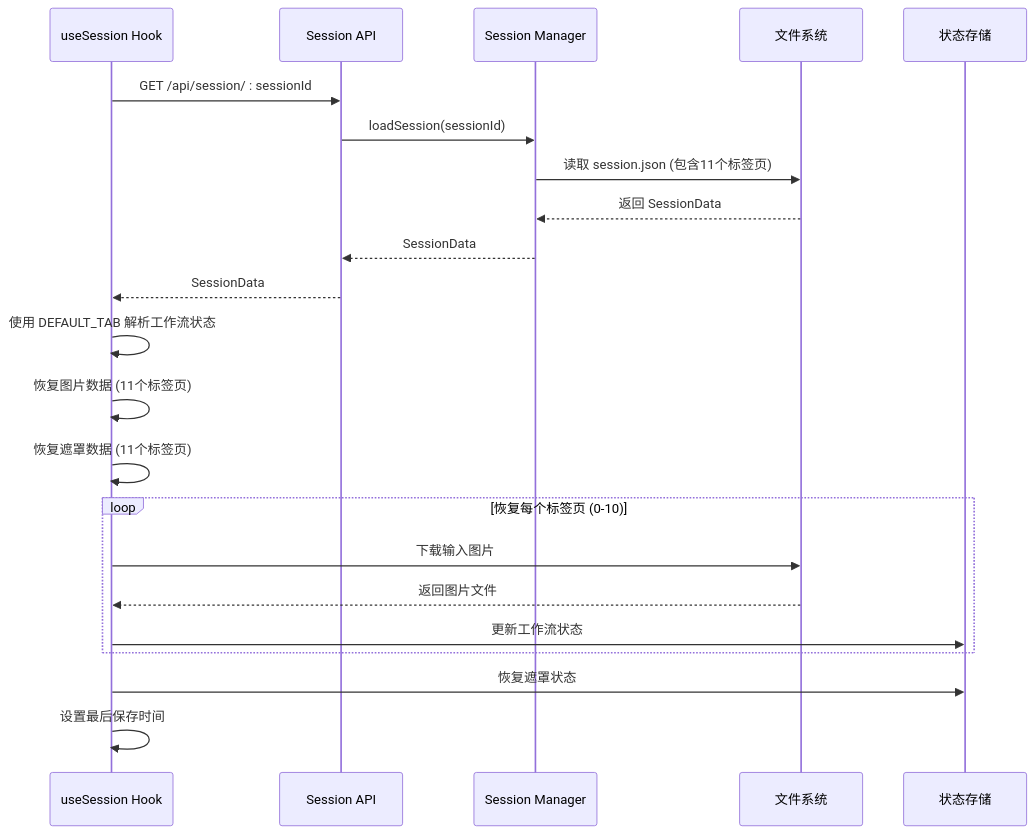
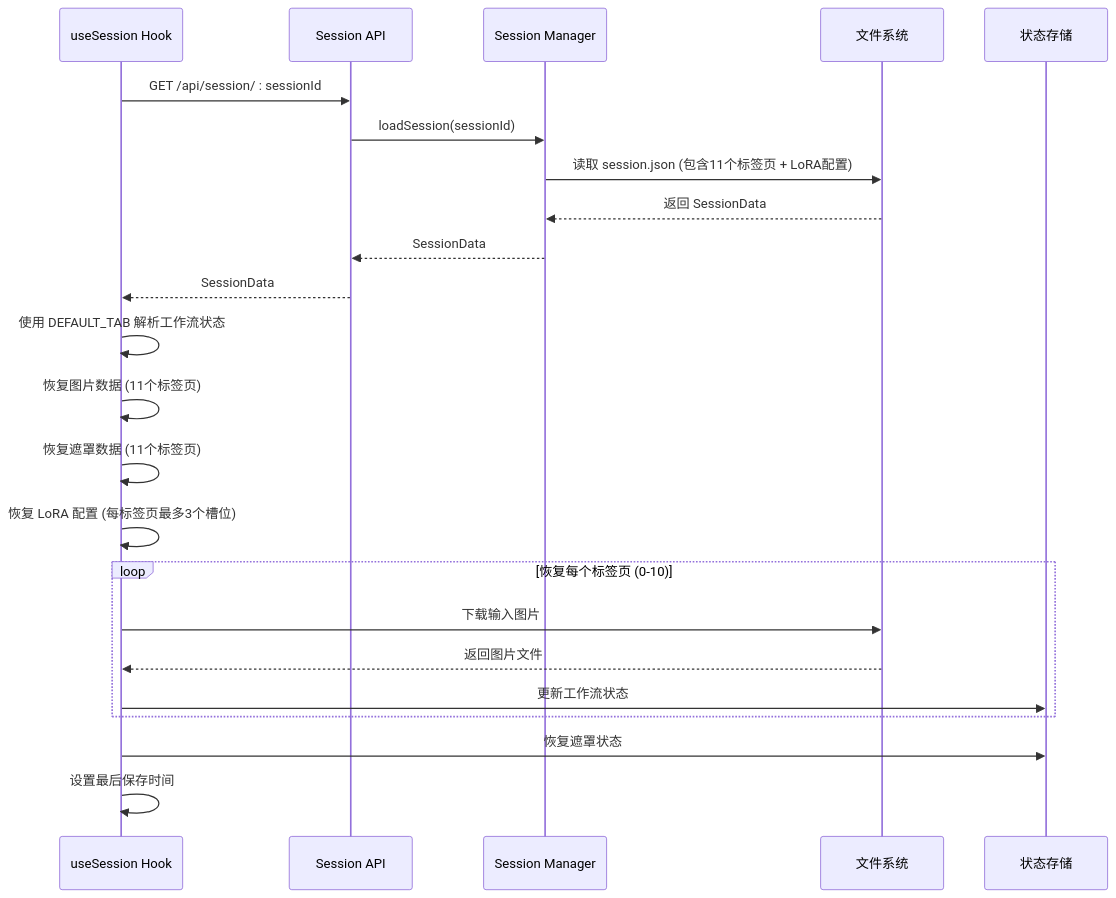
The sixth of 7 diagrams in .qoder/repowiki/zh/content/前端应用/状态管理系统/会话状态管理.md (billye220670/CorineKit_Pix2Real), drawn with Mermaid before and after one commit. The commit also changed other lines of this file and 43 other files, not shown here.

````diff
--- a/.qoder/repowiki/zh/content/前端应用/状态管理系统/会话状态管理.md
+++ b/.qoder/repowiki/zh/content/前端应用/状态管理系统/会话状态管理.md
@@ -306,24 +367,25 @@
 ```mermaid
 sequenceDiagram
 participant Hook as useSession Hook
 participant API as Session API
 participant Manager as Session Manager
 participant FS as 文件系统
 participant Stores as 状态存储
 Hook->>API : GET /api/session/ : sessionId
 API->>Manager : loadSession(sessionId)
-Manager->>FS : 读取 session.json (包含11个标签页)
+Manager->>FS : 读取 session.json (包含11个标签页 + LoRA配置)
 FS-->>Manager : 返回 SessionData
 Manager-->>API : SessionData
 API-->>Hook : SessionData
 Hook->>Hook : 使用 DEFAULT_TAB 解析工作流状态
 Hook->>Hook : 恢复图片数据 (11个标签页)
 Hook->>Hook : 恢复遮罩数据 (11个标签页)
+Hook->>Hook : 恢复 LoRA 配置 (每标签页最多3个槽位)
 loop 恢复每个标签页 (0-10)
 Hook->>FS : 下载输入图片
 FS-->>Hook : 返回图片文件
 Hook->>Stores : 更新工作流状态
 end
 Hook->>Stores : 恢复遮罩状态
 Hook->>Hook : 设置最后保存时间
 ```
````
